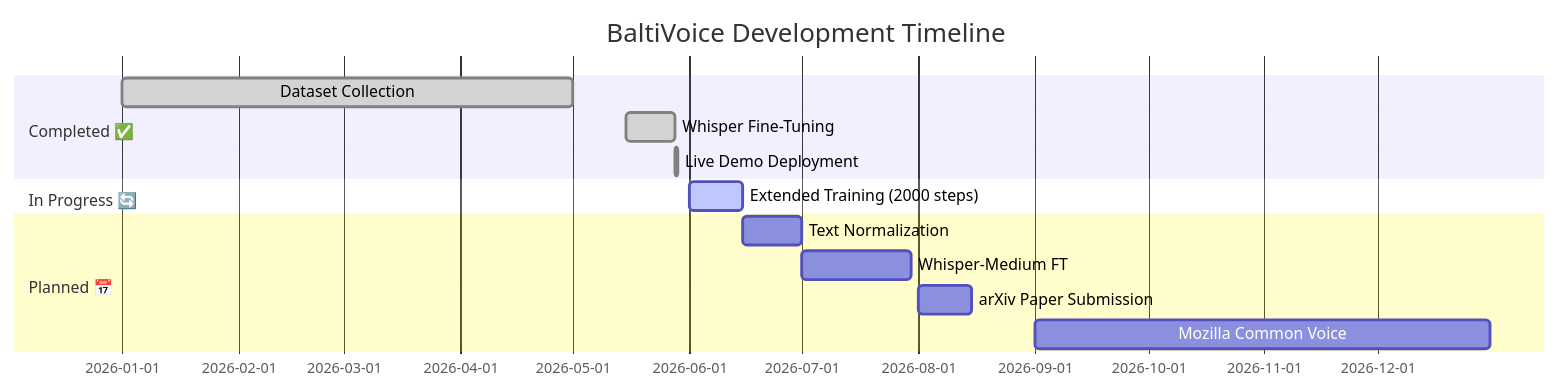
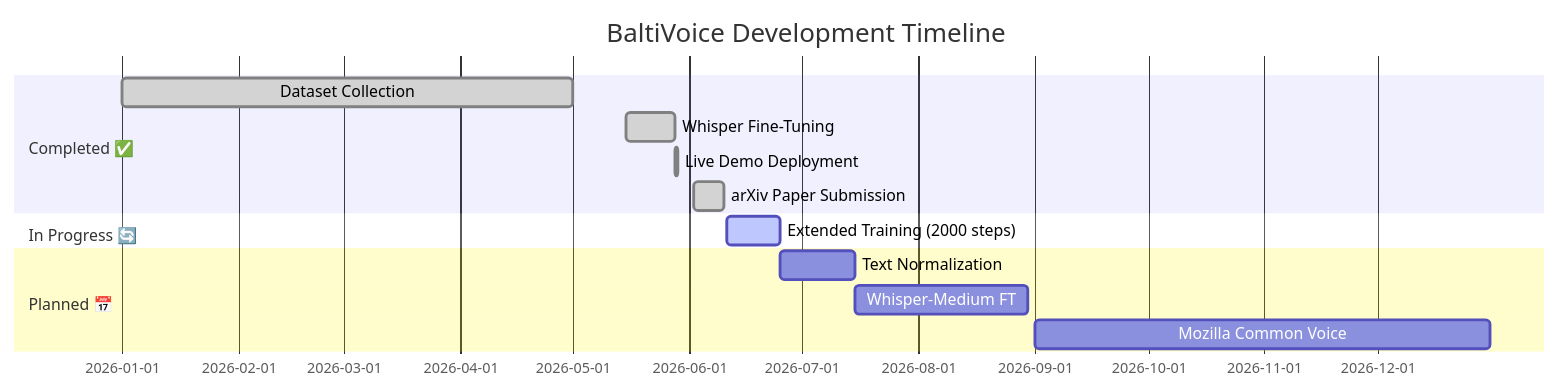
Before and after one commit to mohdali-dev/BaltiVoice-ASR: the second of 2 diagrams in README.md, drawn with Mermaid. The commit also changed other lines of this file, not shown here.

````diff
--- a/README.md
+++ b/README.md
@@ -277,18 +269,18 @@
 ```mermaid
 gantt
     title BaltiVoice Development Timeline
     dateFormat  YYYY-MM-DD
     section Completed ✅
     Dataset Collection       :done, 2026-01-01, 2026-05-01
     Whisper Fine-Tuning      :done, 2026-05-15, 2026-05-28
     Live Demo Deployment     :done, 2026-05-28, 2026-05-29
+    arXiv Paper Submission   :done, 2026-06-02, 2026-06-10
     
     section In Progress 🔄
-    Extended Training (2000 steps) :active, 2026-06-01, 2026-06-15
+    Extended Training (2000 steps) :active, 2026-06-11, 2026-06-25
     
     section Planned 📅
-    Text Normalization      :2026-06-15, 2026-07-01
-    Whisper-Medium FT       :2026-07-01, 2026-07-30
-    arXiv Paper Submission  :2026-08-01, 2026-08-15
+    Text Normalization      :2026-06-25, 2026-07-15
+    Whisper-Medium FT       :2026-07-15, 2026-08-30
     Mozilla Common Voice    :2026-09-01, 2026-12-31
 ```
````
